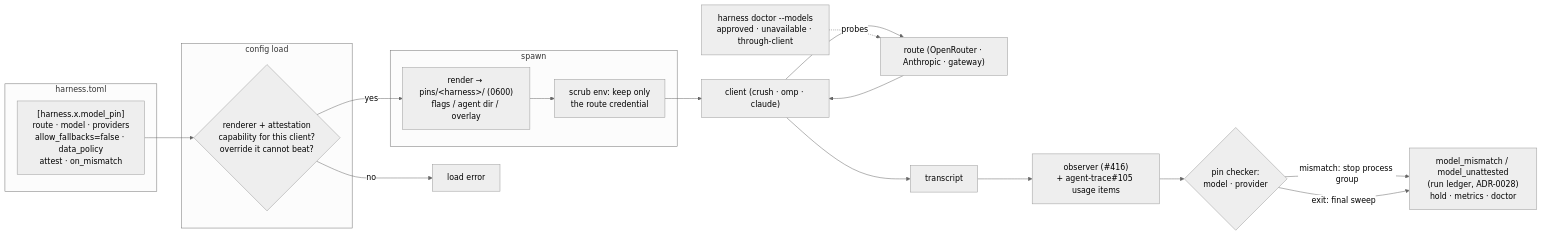
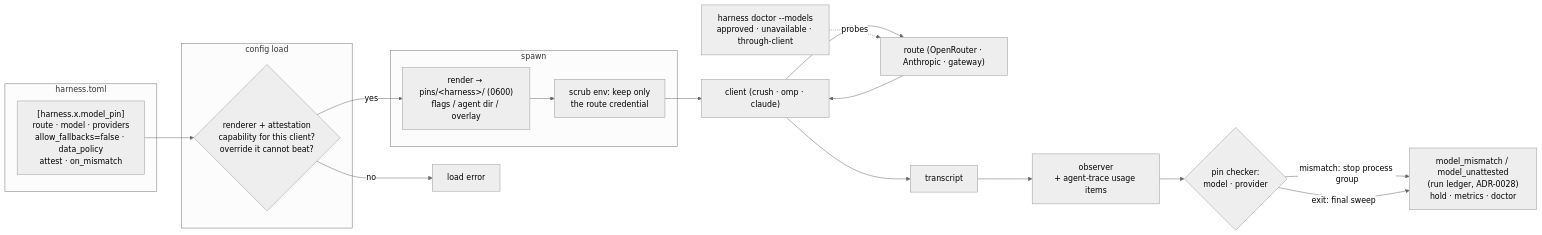
The diagram in docs/adrs/adr-0026-fail-closed-model-pinning.md (stump-wtf/harness), drawn with Mermaid (neutral theme) before and after one commit. The commit also changed other lines of this file and 35 other files, not shown here.

````diff
--- a/docs/adrs/adr-0026-fail-closed-model-pinning.md
+++ b/docs/adrs/adr-0026-fail-closed-model-pinning.md
@@ -426,27 +426,27 @@
 ```mermaid
 flowchart LR
     subgraph cfg["harness.toml"]
         P["[harness.x.model_pin]<br/>route · model · providers<br/>allow_fallbacks=false · data_policy<br/>attest · on_mismatch"]
     end
     subgraph load["config load"]
         CAP{"renderer + attestation<br/>capability for this client?<br/>override it cannot beat?"}
     end
     subgraph spawn["spawn"]
         R["render → pins/&lt;harness&gt;/ (0600)<br/>flags / agent dir / overlay"]
         S["scrub env: keep only<br/>the route credential"]
     end
     C["client (crush · omp · claude)"]
     RT["route (OpenRouter · Anthropic · gateway)"]
     T["transcript"]
-    O["observer (#416)<br/>+ agent-trace#105 usage items"]
+    O["observer<br/>+ agent-trace usage items"]
     A{"pin checker:<br/>model · provider"}
     OUT["model_mismatch / model_unattested<br/>(run ledger, ADR-0028)<br/>hold · metrics · doctor"]
     DOC["harness doctor --models<br/>approved · unavailable · through-client"]
 
     P --> CAP -- "no" --> E["load error"]
     CAP -- "yes" --> R --> S --> C --> RT
     RT --> C --> T --> O --> A
     A -- "mismatch: stop process group" --> OUT
     A -- "exit: final sweep" --> OUT
     DOC -. "probes" .-> RT
 ```
````
